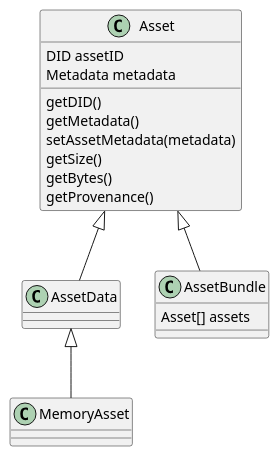
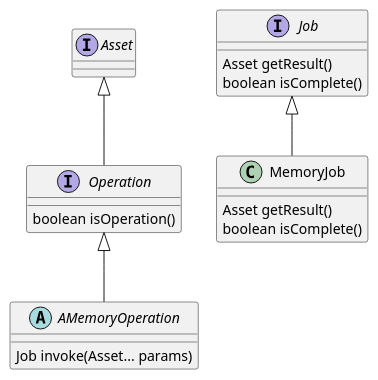
One commit to DEX-Company/starfish-api changed the fifth of 6 diagrams in docs/source/starfish/design.rst. Above: the diagram before and after it, drawn with PlantUML. The commit also changed other lines of this file, not shown here.

Commit message:
Push design diagram updates

```diff
--- a/docs/source/starfish/design.rst
+++ b/docs/source/starfish/design.rst
@@ -28,22 +307,27 @@
 .. uml::
 
-   class Asset {
-     DID assetID
-     Metadata metadata
-     getDID()
-     getMetadata()
-     setAssetMetadata(metadata)
-     getSize()
-     getBytes()
-     getProvenance()
+   interface Asset
+
+   abstract class AMemoryOperation {
+     Job invoke(Asset... params)
    }
 
-   class AssetData
-   class MemoryAsset
-   class AssetBundle {
-     Asset[] assets
+   Operation <|-- AMemoryOperation
+
+   interface Job {
+     Asset getResult()
+     boolean isComplete()
    }
 
-   Asset <|-- AssetData
-   Asset <|-- AssetBundle
-   AssetData <|-- MemoryAsset
+   class MemoryJob {
+     Asset getResult()
+     boolean isComplete()
+   }
+
+   Job <|-- MemoryJob
+
+   interface Operation {
+     boolean isOperation()
+   }
+
+   Asset <|-- Operation
```
